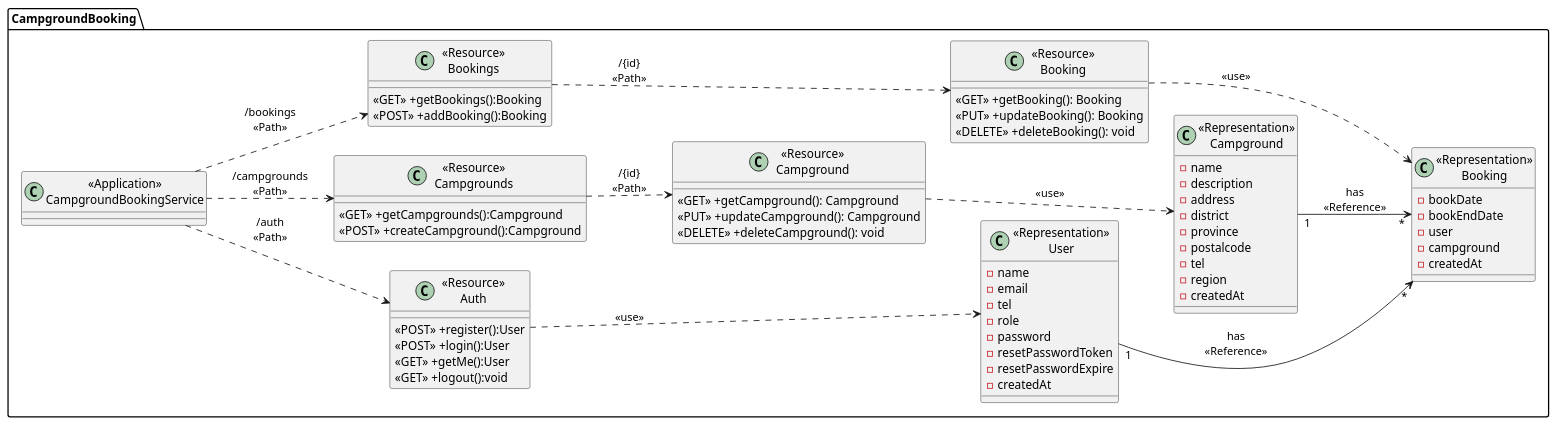
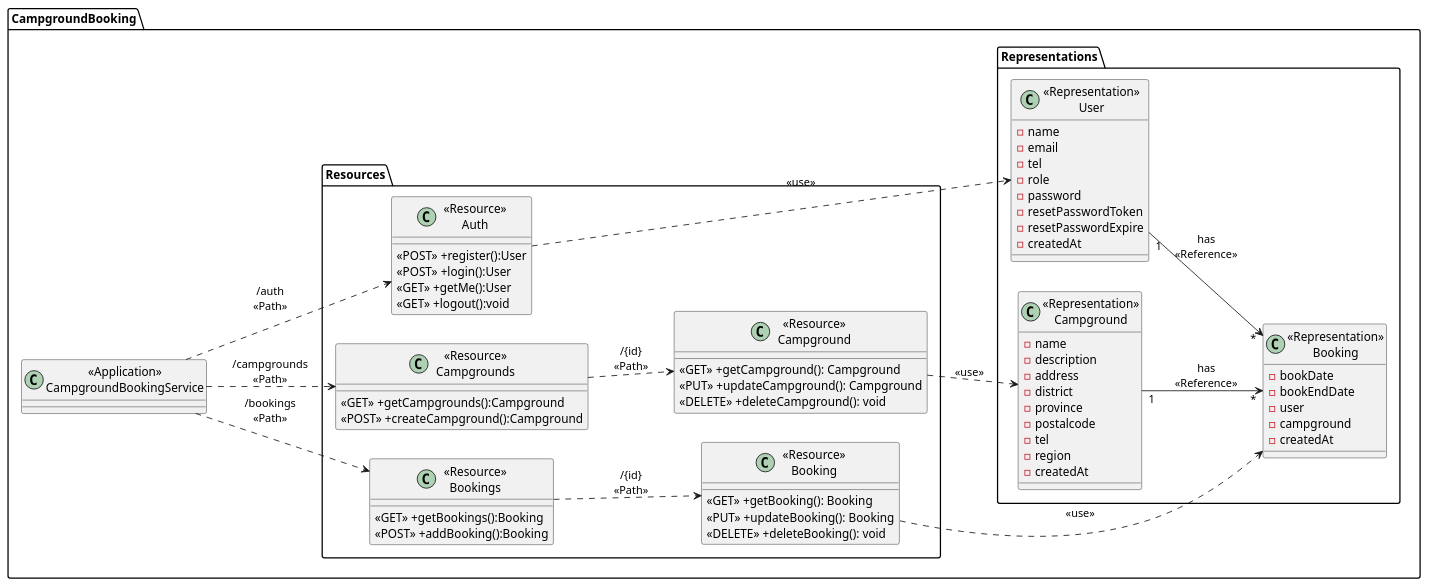
The diagram in puml/class.puml (2110503-CEDT68/be-project-68-backshot), drawn with PlantUML before and after one commit.

```diff
--- a/puml/class.puml
+++ b/puml/class.puml
@@ -1,81 +1,85 @@
 @startuml
 left to right direction
 package "CampgroundBooking"{
     class "<<Application>>\nCampgroundBookingService" as CampgroundBookingService{}
 
-    class "<<Resource>>\nAuth" as ResourceAuth{
-        <<POST>> +register():User
-        <<POST>> +login():User
-        <<GET>> +getMe():User
-        <<GET>> +logout():void
+    package "Resources" {
+        class "<<Resource>>\nAuth" as ResourceAuth{
+            <<POST>> +register():User
+            <<POST>> +login():User
+            <<GET>> +getMe():User
+            <<GET>> +logout():void
+        }
+
+        class "<<Resource>>\nCampgrounds" as ResourceCampgrounds{
+            <<GET>> +getCampgrounds():Campground
+            <<POST>> +createCampground():Campground
+        }
+
+        class "<<Resource>>\nCampground" as ResourceCampground {
+            <<GET>> +getCampground(): Campground
+            <<PUT>> +updateCampground(): Campground
+            <<DELETE>> +deleteCampground(): void
+        }
+
+        class "<<Resource>>\nBookings" as ResourceBookings{
+            <<GET>> +getBookings():Booking
+            <<POST>> +addBooking():Booking
+        }
+
+        class "<<Resource>>\nBooking" as ResourceBooking {
+            <<GET>> +getBooking(): Booking
+            <<PUT>> +updateBooking(): Booking
+            <<DELETE>> +deleteBooking(): void
+        }
     }
 
-    class "<<Representation>>\nUser" as RepresentationUser {
-        -name
-        -email
-        -tel
-        -role
-        -password
-        -resetPasswordToken
-        -resetPasswordExpire
-        -createdAt
-    }
+    package "Representations" {
+        class "<<Representation>>\nUser" as RepresentationUser {
+            -name
+            -email
+            -tel
+            -role
+            -password
+            -resetPasswordToken
+            -resetPasswordExpire
+            -createdAt
+        }
 
-    class "<<Resource>>\nCampgrounds" as ResourceCampgrounds{
-        <<GET>> +getCampgrounds():Campground
-        <<POST>> +createCampground():Campground
-    }
+        class "<<Representation>>\nCampground" as RepresentationCampground {
+            -name
+            -description
+            -address
+            -district
+            -province
+            -postalcode
+            -tel
+            -region
+            -createdAt
+        }
 
-    class "<<Resource>>\nCampground" as ResourceCampground {
-        <<GET>> +getCampground(): Campground
-        <<PUT>> +updateCampground(): Campground
-        <<DELETE>> +deleteCampground(): void
-    }
-
-    class "<<Representation>>\nCampground" as RepresentationCampground {
-        -name
-        -description
-        -address
-        -district
-        -province
-        -postalcode
-        -tel
-        -region
-        -createdAt
-    }
-
-    class "<<Resource>>\nBookings" as ResourceBookings{
-        <<GET>> +getBookings():Booking
-        <<POST>> +addBooking():Booking
-    }
-
-    class "<<Resource>>\nBooking" as ResourceBooking {
-        <<GET>> +getBooking(): Booking
-        <<PUT>> +updateBooking(): Booking
-        <<DELETE>> +deleteBooking(): void
-    }
-
-    class "<<Representation>>\nBooking" as RepresentationBooking {
-        -bookDate
-        -bookEndDate
-        -user
-        -campground
-        -createdAt
+        class "<<Representation>>\nBooking" as RepresentationBooking {
+            -bookDate
+            -bookEndDate
+            -user
+            -campground
+            -createdAt
+        }
     }
 }
 
 CampgroundBookingService ..> ResourceAuth:"/auth\n<<Path>>"
 ResourceAuth ..> RepresentationUser: "<<use>>"
 
 CampgroundBookingService ..> ResourceCampgrounds:"/campgrounds\n<<Path>>"
 ResourceCampgrounds ..> ResourceCampground: "/{id}\n<<Path>>"
 ResourceCampground ..> RepresentationCampground: "<<use>>"
 
 CampgroundBookingService ..> ResourceBookings:"/bookings\n<<Path>>"
 ResourceBookings ..> ResourceBooking: "/{id}\n<<Path>>"
 ResourceBooking ..> RepresentationBooking: "<<use>>"
 
 RepresentationUser "1" --> "*" RepresentationBooking: "has\n<<Reference>>"
 RepresentationCampground "1" --> "*" RepresentationBooking: "has\n<<Reference>>"
 
 @enduml
```
